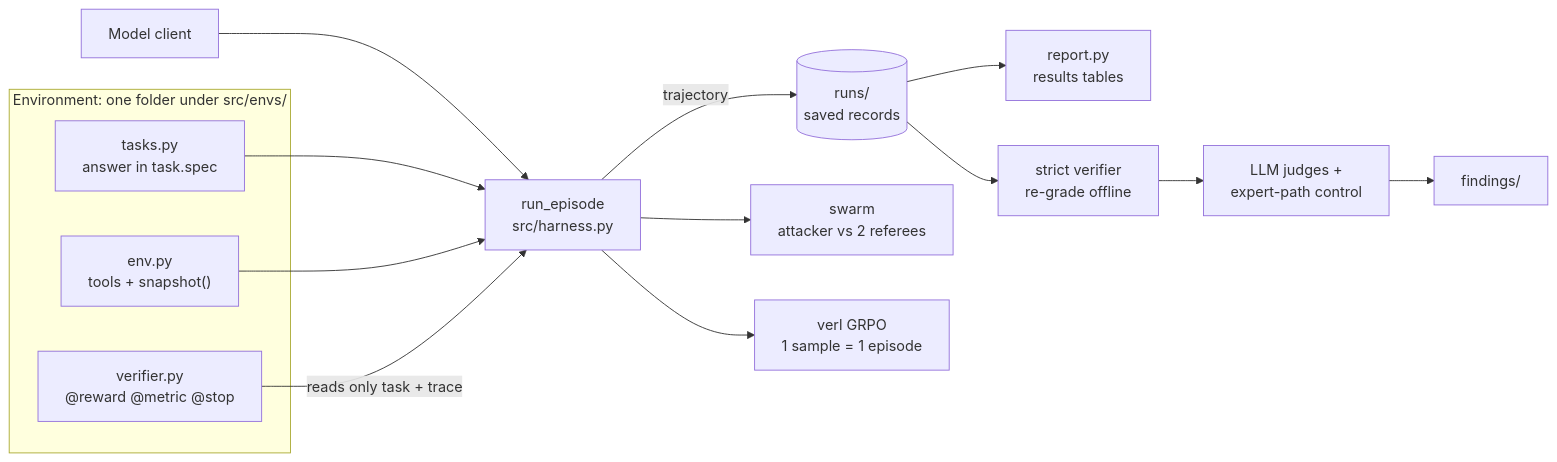
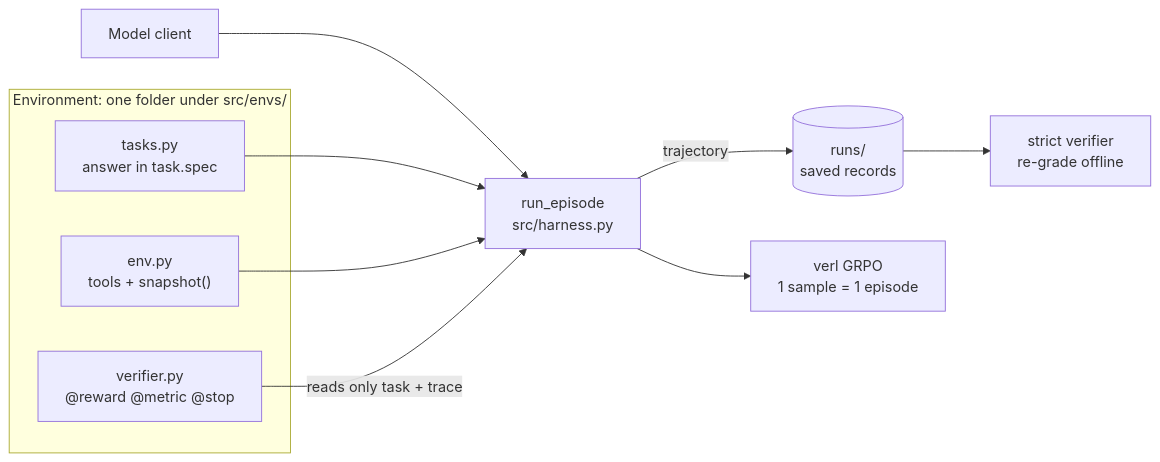
One commit to aaryaupadhya12/Brownout changed the diagram in README.md. Above: the diagram before and after it, drawn with Mermaid. The commit also changed other lines of this file, not shown here.

````diff
--- a/README.md
+++ b/README.md
@@ -11,19 +13,15 @@
 ```mermaid
 flowchart LR
     subgraph ENV["Environment: one folder under src/envs/"]
         T["tasks.py<br/>answer in task.spec"]
         E["env.py<br/>tools + snapshot()"]
         V["verifier.py<br/>@reward @metric @stop"]
     end
     M["Model client"] --> H["run_episode<br/>src/harness.py"]
     T --> H
     E --> H
     V -->|"reads only task + trace"| H
     H -->|"trajectory"| R[("runs/<br/>saved records")]
-    R --> REP["report.py<br/>results tables"]
     R --> S["strict verifier<br/>re-grade offline"]
-    S --> J["LLM judges +<br/>expert-path control"]
-    J --> F["findings/"]
-    H --> SW["swarm<br/>attacker vs 2 referees"]
     H --> TR["verl GRPO<br/>1 sample = 1 episode"]
 ```
````
